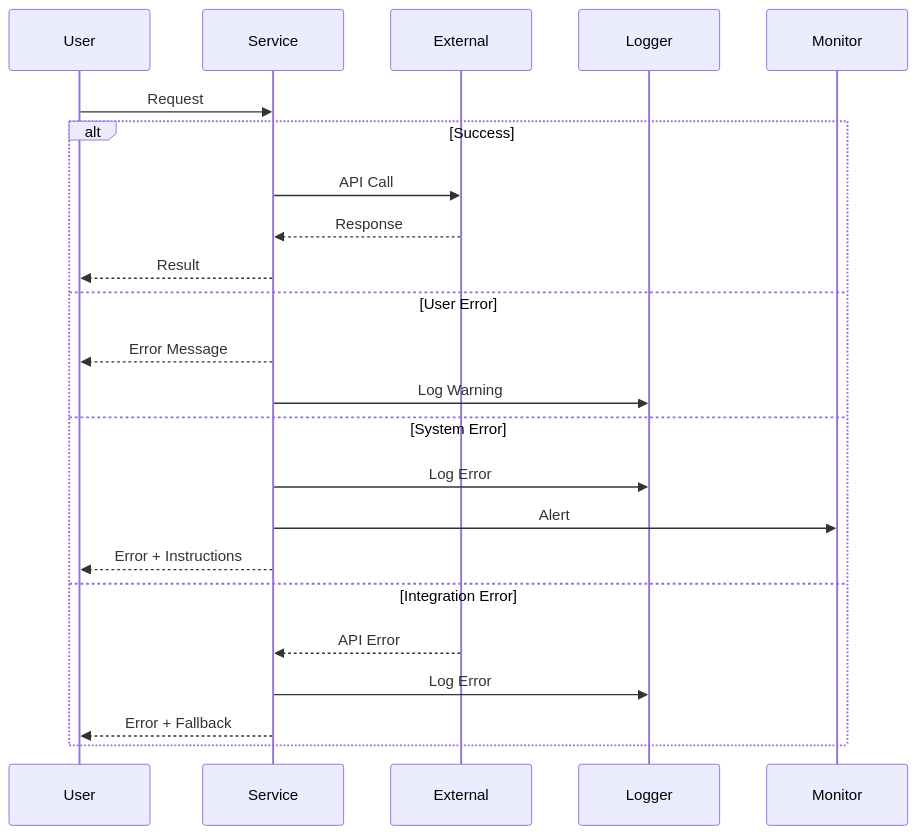
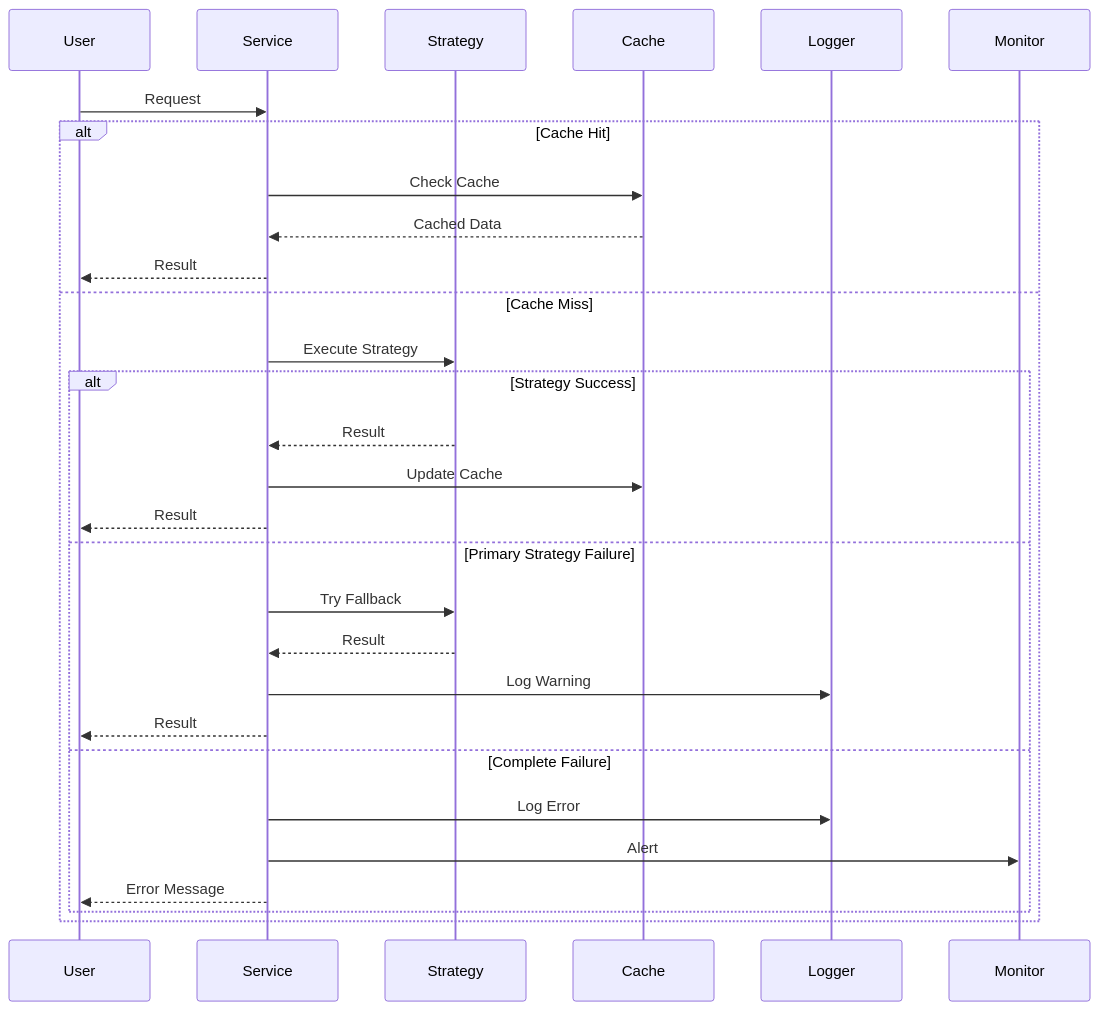
Before and after one commit to nasula/golfcal2: the fourth of 4 diagrams in docs/architecture/overview.md, drawn with Mermaid. The commit also changed other lines of this file and 16 other files, not shown here.

First line of the commit message:
Refactor weather service documentation with strategy pattern and improved provider implementations

````diff
--- a/docs/architecture/overview.md
+++ b/docs/architecture/overview.md
@@ -204,27 +203,33 @@
 ```mermaid
 sequenceDiagram
     participant User
     participant Service
-    participant External
+    participant Strategy
+    participant Cache
     participant Logger
     participant Monitor
 
     User->>Service: Request
     
-    alt Success
-        Service->>External: API Call
-        External-->>Service: Response
+    alt Cache Hit
+        Service->>Cache: Check Cache
+        Cache-->>Service: Cached Data
         Service-->>User: Result
-    else User Error
-        Service-->>User: Error Message
-        Service->>Logger: Log Warning
-    else System Error
-        Service->>Logger: Log Error
-        Service->>Monitor: Alert
-        Service-->>User: Error + Instructions
-    else Integration Error
-        External-->>Service: API Error
-        Service->>Logger: Log Error
-        Service-->>User: Error + Fallback
+    else Cache Miss
+        Service->>Strategy: Execute Strategy
+        alt Strategy Success
+            Strategy-->>Service: Result
+            Service->>Cache: Update Cache
+            Service-->>User: Result
+        else Primary Strategy Failure
+            Service->>Strategy: Try Fallback
+            Strategy-->>Service: Result
+            Service->>Logger: Log Warning
+            Service-->>User: Result
+        else Complete Failure
+            Service->>Logger: Log Error
+            Service->>Monitor: Alert
+            Service-->>User: Error Message
+        end
     end
 ```
````
